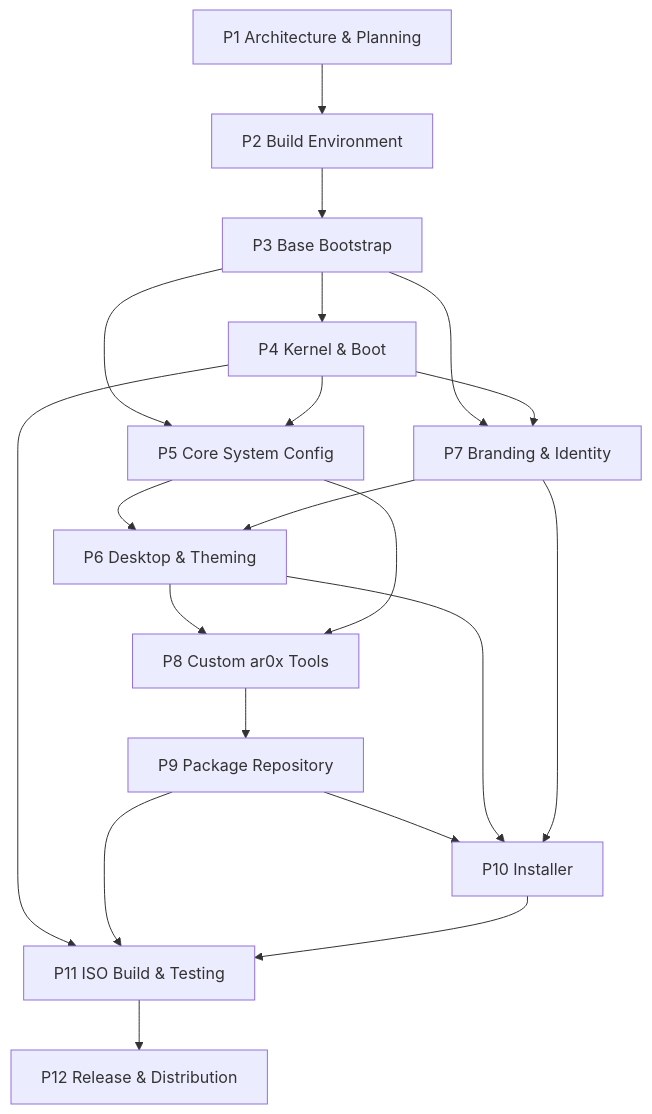
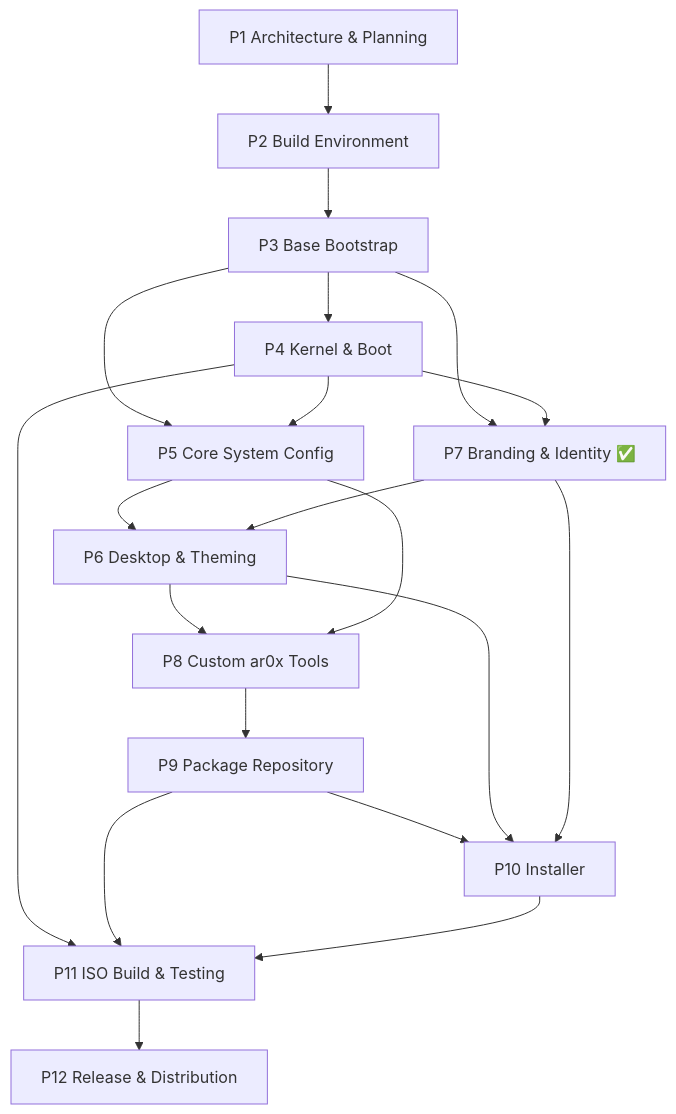
One commit to ar0x1/ar0xOS changed the diagram in PROJECT_PLAN.md. Above: the diagram before and after it, drawn with Mermaid. The commit also changed other lines of this file and 118 other files, not shown here.

````diff
--- a/PROJECT_PLAN.md
+++ b/PROJECT_PLAN.md
@@ -424,22 +434,22 @@
 ```mermaid
 flowchart TD
     P1["P1 Architecture &amp; Planning"] --> P2["P2 Build Environment"]
     P2 --> P3["P3 Base Bootstrap"]
     P3 --> P4["P4 Kernel &amp; Boot"]
     P3 --> P5["P5 Core System Config"]
     P4 --> P5
     P5 --> P6["P6 Desktop &amp; Theming"]
-    P3 --> P7["P7 Branding &amp; Identity"]
+    P3 --> P7["P7 Branding &amp; Identity ✅"]
     P4 --> P7
     P7 --> P6
     P6 --> P8["P8 Custom ar0x Tools"]
     P5 --> P8
     P8 --> P9["P9 Package Repository"]
     P9 --> P10["P10 Installer"]
     P6 --> P10
     P7 --> P10
     P4 --> P11["P11 ISO Build &amp; Testing"]
     P9 --> P11
     P10 --> P11
     P11 --> P12["P12 Release &amp; Distribution"]
 ```
````
